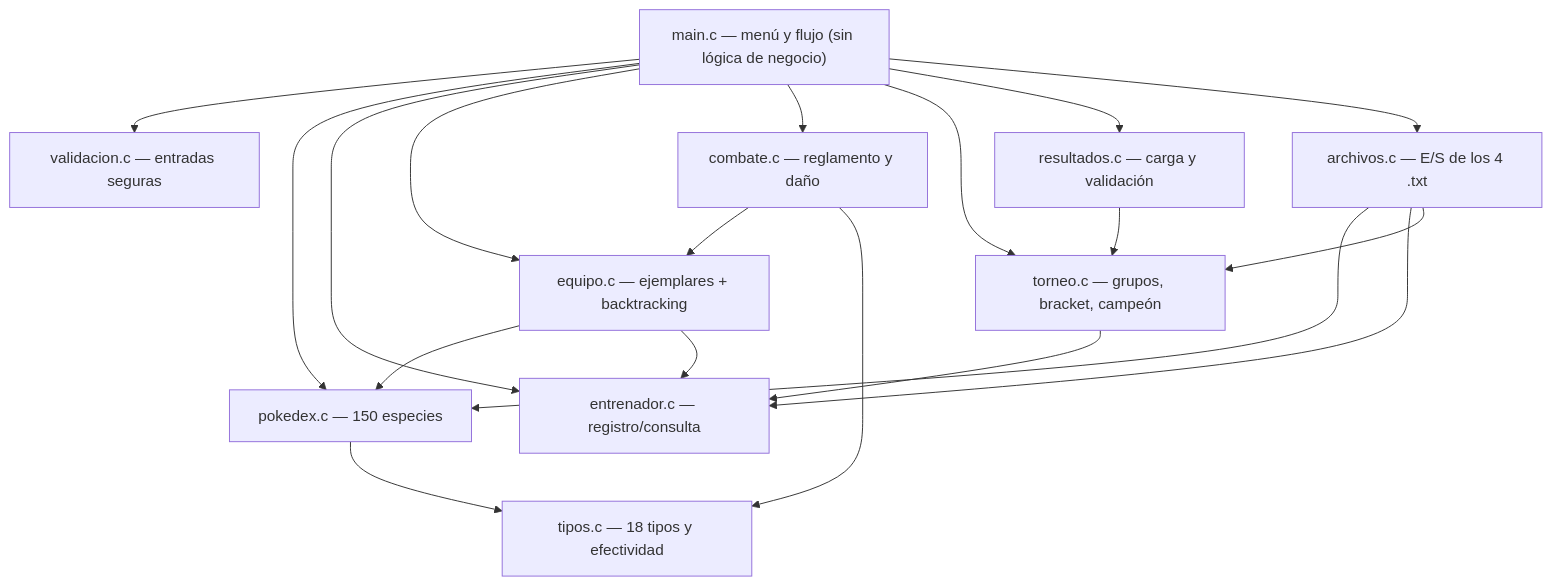
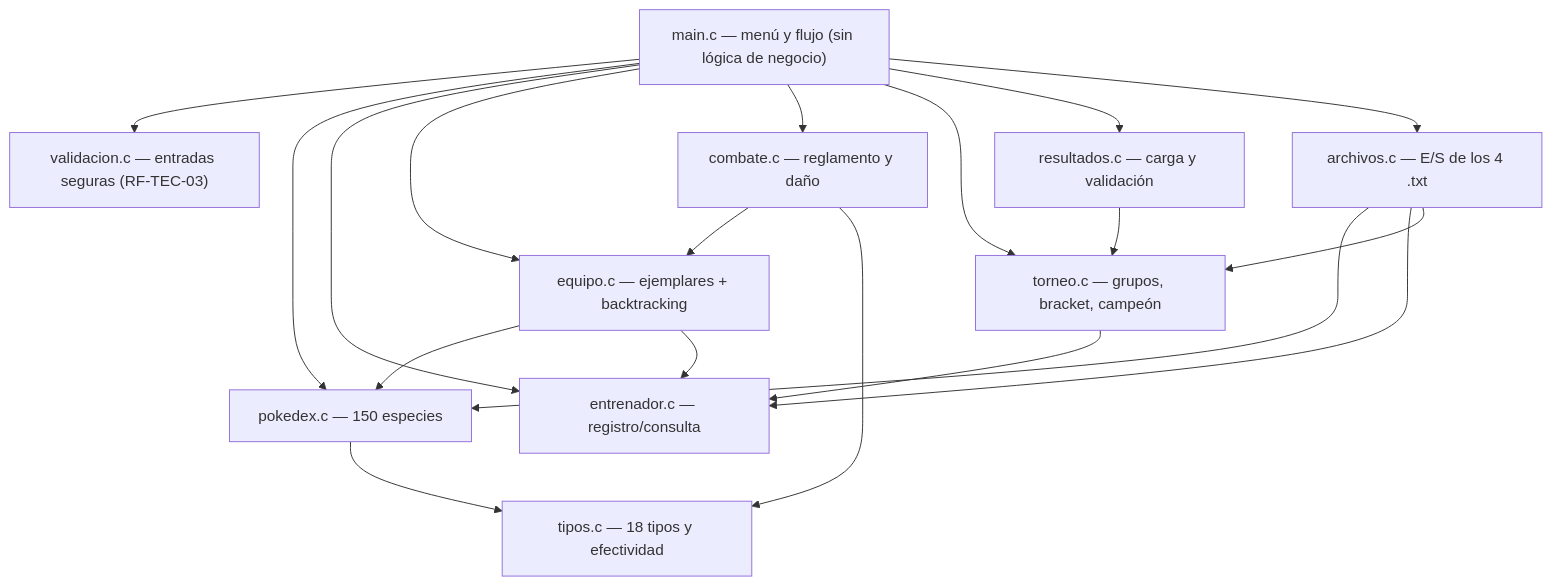
Before and after one commit to jmxsdev/gran-torneo-pokemon: the first of 6 diagrams in docs/informe-tecnico.md, drawn with Mermaid. The commit also changed other lines of this file and 1 other file, not shown here.

Commit message:
docs: completar informe técnico final con decisiones D1-D10 y diagramas Mermaid (DOC-03)

````diff
--- a/docs/informe-tecnico.md
+++ b/docs/informe-tecnico.md
@@ -41,22 +42,22 @@
 ```mermaid
 graph TD
     MAIN["main.c — menú y flujo (sin lógica de negocio)"]
-    MAIN --> VAL["validacion.c — entradas seguras"]
+    MAIN --> VAL["validacion.c — entradas seguras (RF-TEC-03)"]
     MAIN --> PDX["pokedex.c — 150 especies"]
     MAIN --> ENT["entrenador.c — registro/consulta"]
     MAIN --> EQP["equipo.c — ejemplares + backtracking"]
     MAIN --> CMB["combate.c — reglamento y daño"]
     MAIN --> TRN["torneo.c — grupos, bracket, campeón"]
     MAIN --> RES["resultados.c — carga y validación"]
     MAIN --> ARC["archivos.c — E/S de los 4 .txt"]
     EQP --> PDX
     EQP --> ENT
     CMB --> EQP
     CMB --> TIP["tipos.c — 18 tipos y efectividad"]
     TRN --> ENT
     RES --> TRN
     ARC --> PDX
     ARC --> ENT
     ARC --> TRN
     PDX --> TIP
 ```
````
